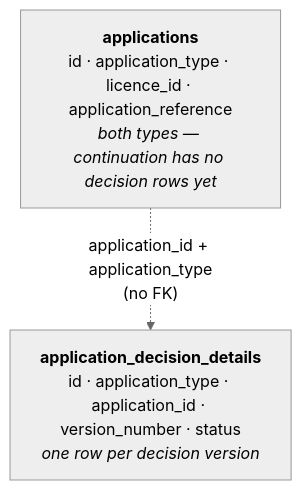
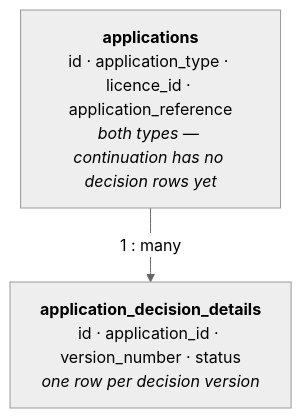
Before and after one commit to North-Sea-Transition-Authority/licensing-management-service: the diagram in documentation/businessandtechnical/application-decisions-data-model.md, drawn with Mermaid (neutral theme). The commit also changed other lines of this file and 15 other files, not shown here.

````diff
--- a/documentation/businessandtechnical/application-decisions-data-model.md
+++ b/documentation/businessandtechnical/application-decisions-data-model.md
@@ -50,7 +49,7 @@
 ```mermaid
 flowchart TB
     APP["<b>applications</b><br/>id · application_type · licence_id · application_reference<br/><i>both types — continuation has no decision rows yet</i>"]
-    ADD["<b>application_decision_details</b><br/>id · application_type · application_id · version_number · status<br/><i>one row per decision version</i>"]
+    ADD["<b>application_decision_details</b><br/>id · application_id · version_number · status<br/><i>one row per decision version</i>"]
 
-    APP -. "application_id + application_type<br/>(no FK)" .-> ADD
+    APP -- "1 : many" --> ADD
 ```
````
